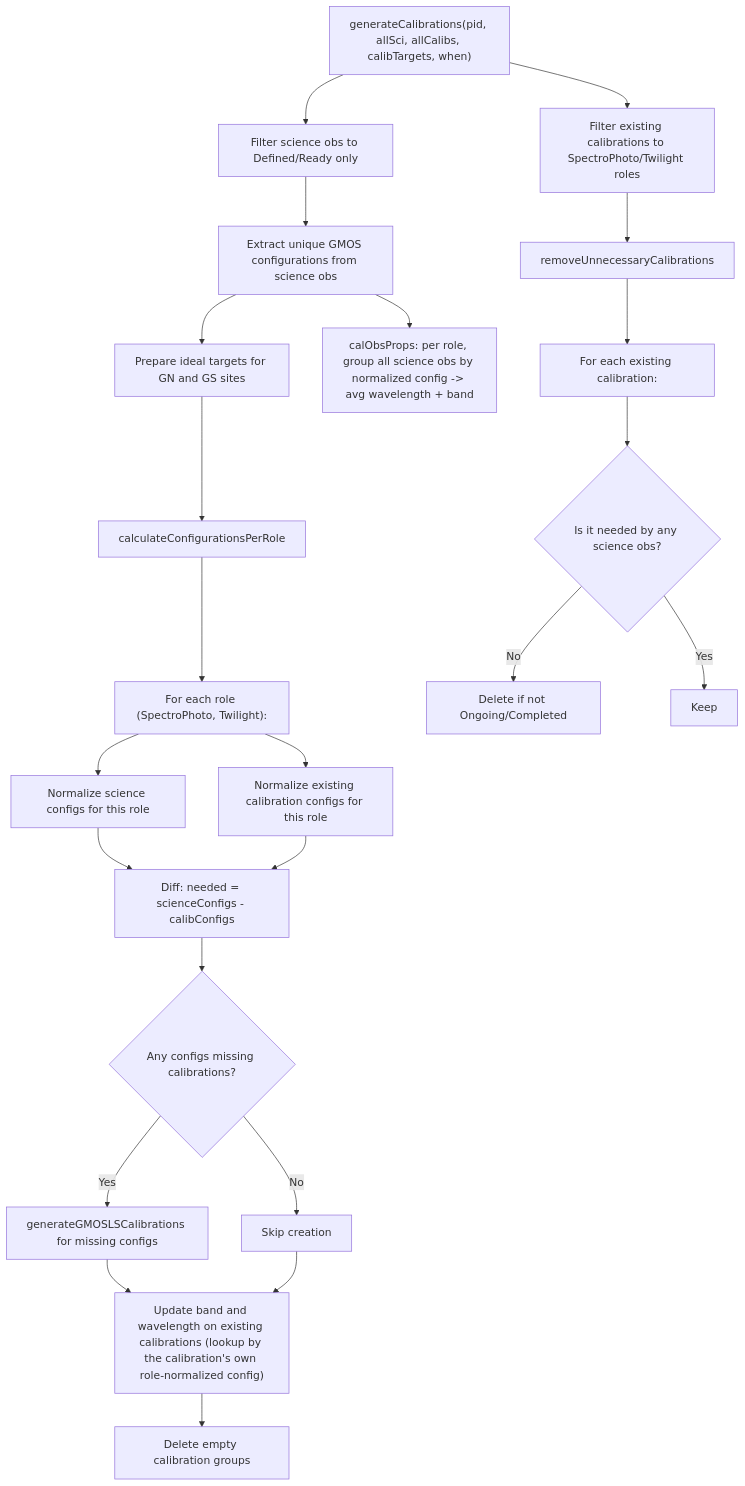
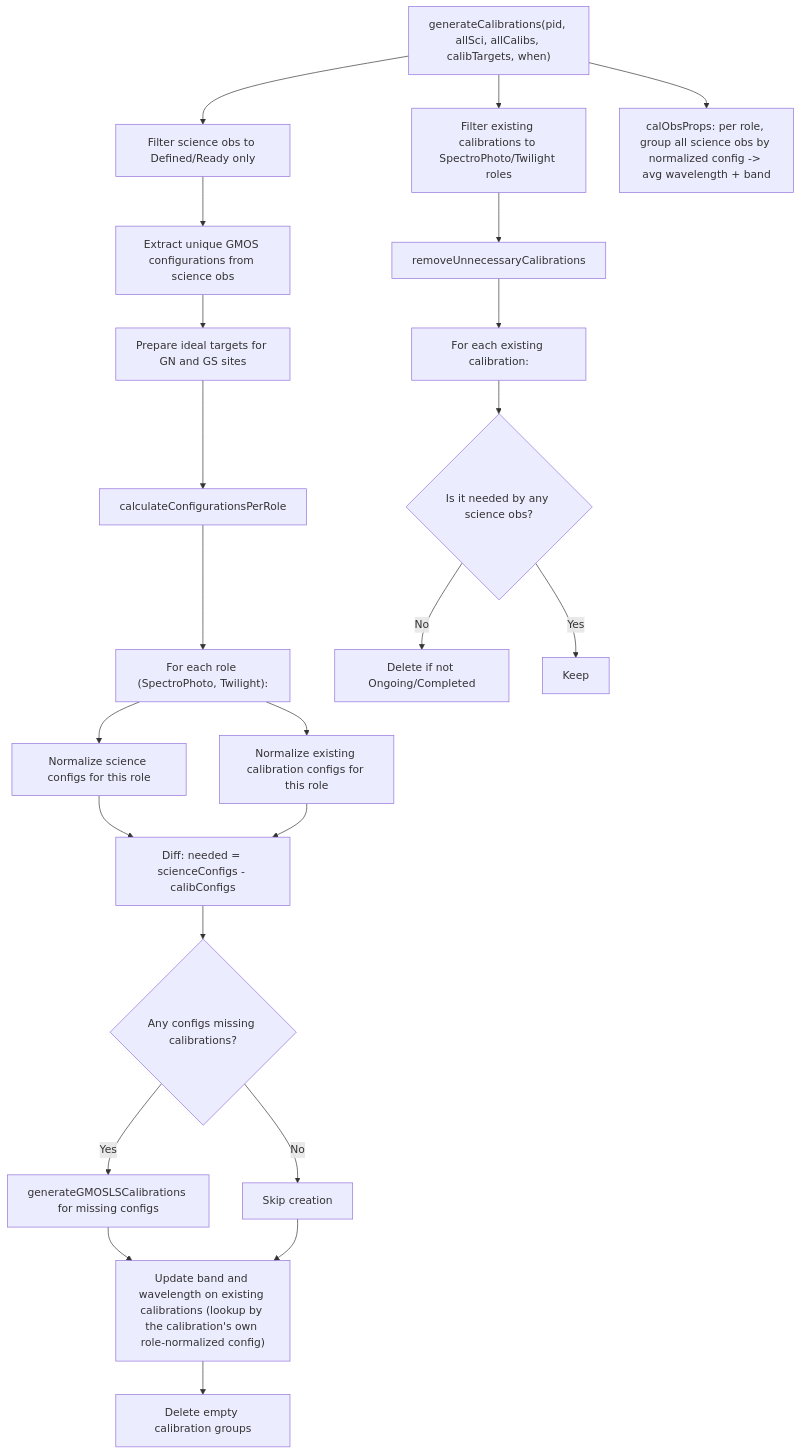
Before and after one commit to gemini-hlsw/lucuma-odb: the fifth of 9 diagrams in modules/calibrations/calibration-generation-flow.md, drawn with Mermaid. The commit also changed other lines of this file and 1 other file, not shown here.

Commit message:
Invalidate affected observations to recalculate s/n wavelength

````diff
--- a/modules/calibrations/calibration-generation-flow.md
+++ b/modules/calibrations/calibration-generation-flow.md
@@ -156,30 +156,30 @@
 ```mermaid
 flowchart TD
     A["generateCalibrations(pid, allSci, allCalibs, calibTargets, when)"] --> B[Filter existing calibrations to SpectroPhoto/Twilight roles]
     A --> C[Filter science obs to Defined/Ready only]
 
     C --> D[Extract unique GMOS configurations from science obs]
     D --> E[Prepare ideal targets for GN and GS sites]
-    D --> D2["calObsProps: per role, group all science obs by normalized config -> avg wavelength + band"]
+    A --> D2["calObsProps: per role, group all science obs by normalized config -> avg wavelength + band"]
 
     E --> F[calculateConfigurationsPerRole]
     F --> G["For each role (SpectroPhoto, Twilight):"]
     G --> H[Normalize science configs for this role]
     G --> I[Normalize existing calibration configs for this role]
     H --> J["Diff: needed = scienceConfigs - calibConfigs"]
     I --> J
 
     J --> K{Any configs missing calibrations?}
     K -->|Yes| L[generateGMOSLSCalibrations for missing configs]
     K -->|No| M[Skip creation]
 
     B --> N[removeUnnecessaryCalibrations]
     N --> O[For each existing calibration:]
     O --> P{Is it needed by any science obs?}
     P -->|No| Q[Delete if not Ongoing/Completed]
     P -->|Yes| R[Keep]
 
     L --> S["Update band and wavelength on existing calibrations (lookup by the calibration's own role-normalized config)"]
     M --> S
     S --> T[Delete empty calibration groups]
 ```
````
